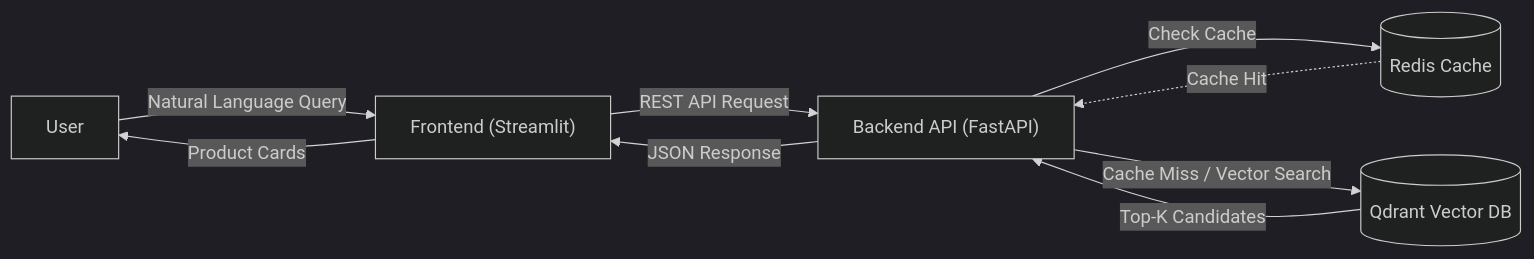
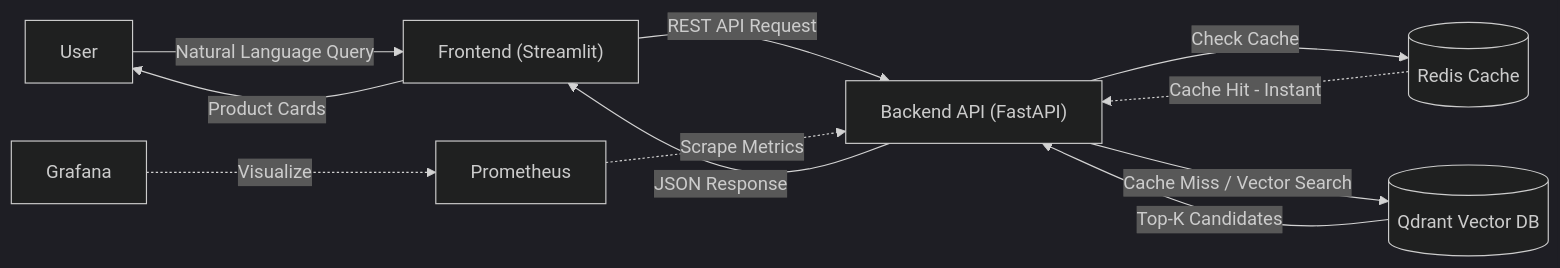
The diagram in README.md (enesgulerml/hm-fashion-recommender), drawn with Mermaid (dark theme) before and after one commit. The commit also changed other lines of this file and 29 other files, not shown here.

Commit message:
Major update: Migrated to modular architecture, integrated Redis/Logging, and added comprehensive Pytest suite

````diff
--- a/README.md
+++ b/README.md
@@ -25,13 +35,16 @@
 ```mermaid
 graph LR
     U[User] -->|Natural Language Query| F["Frontend (Streamlit)"]
     F -->|REST API Request| B["Backend API (FastAPI)"]
     
     B -->|Check Cache| R[("Redis Cache")]
-    R -.->|Cache Hit| B
+    R -.->|Cache Hit - Instant| B
     B -->|Cache Miss / Vector Search| Q[("Qdrant Vector DB")]
     Q -->|Top-K Candidates| B
     
     B -->|JSON Response| F
     F -->|Product Cards| U
+    
+    M[Prometheus] -.->|Scrape Metrics| B
+    G[Grafana] -.->|Visualize| M
 ```
````
